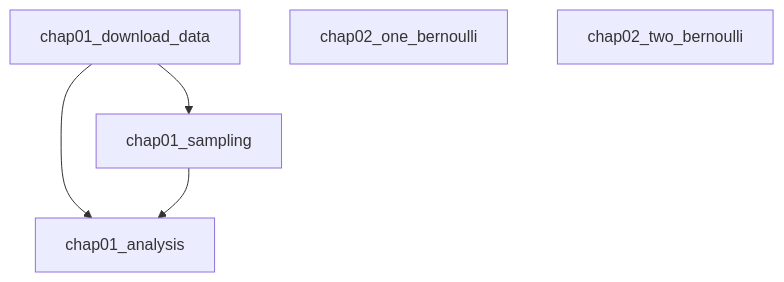
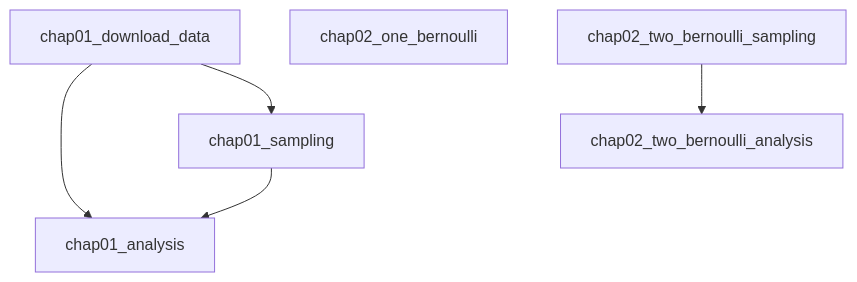
One commit to u-masao/bayesian-methods-for-hackers-memo changed the diagram in PIPELINE.md. Above: the diagram before and after it, drawn with Mermaid. The commit also changed 1 other file, not shown here.

Commit message:
[update] dvc repro

````diff
--- a/PIPELINE.md
+++ b/PIPELINE.md
@@ -1,11 +1,13 @@
 ```mermaid
 flowchart TD
 	node1["chap01_analysis"]
 	node2["chap01_download_data"]
 	node3["chap01_sampling"]
 	node2-->node1
 	node2-->node3
 	node3-->node1
 	node4["chap02_one_bernoulli"]
-	node5["chap02_two_bernoulli"]
+	node5["chap02_two_bernoulli_analysis"]
+	node6["chap02_two_bernoulli_sampling"]
+	node6-->node5
 ```
````
